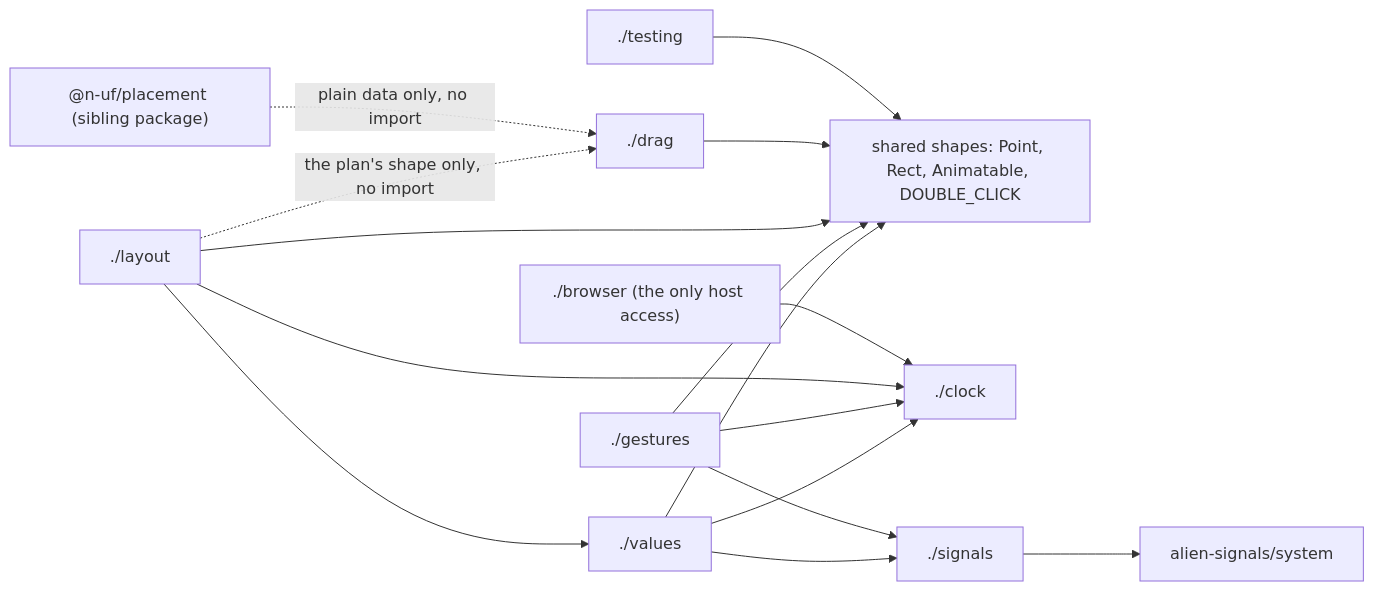
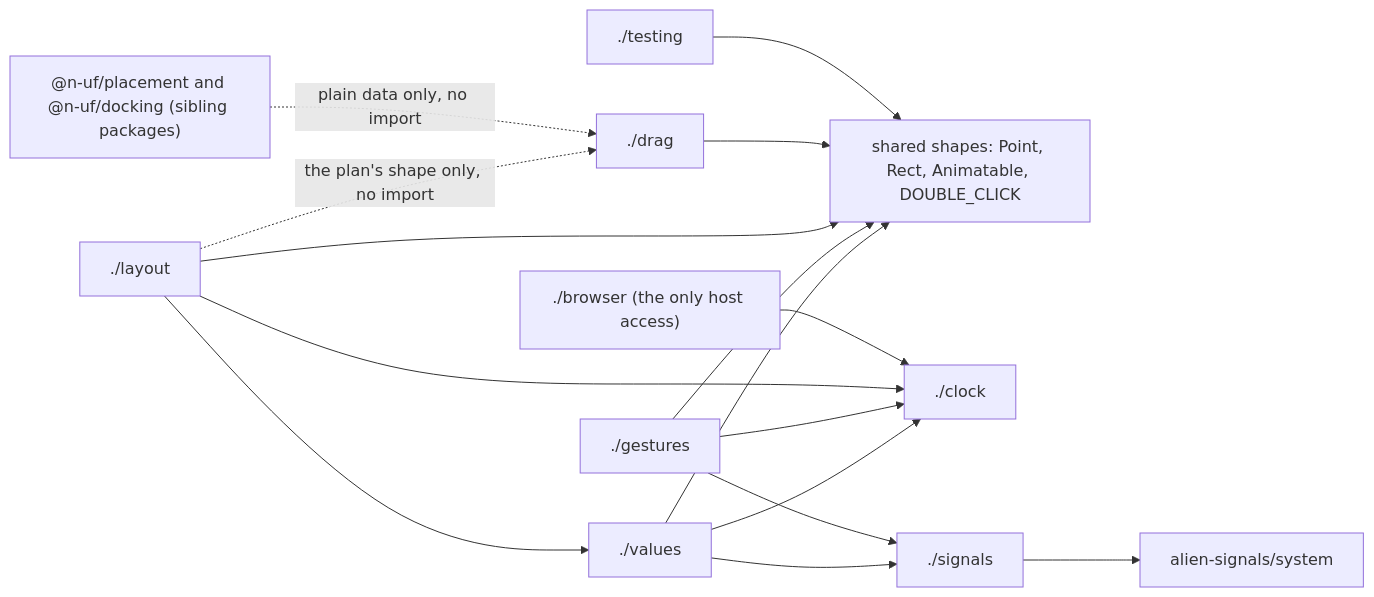
One commit to n-uf/motion changed the first of 2 diagrams in docs/motion.md. Above: the diagram before and after it, drawn with Mermaid. The commit also changed other lines of this file and 15 other files, not shown here.

First line of the commit message:
docs: docking's pages move from placement's; placement's pages cover the general layer

````diff
--- a/docs/motion.md
+++ b/docs/motion.md
@@ -56,29 +56,29 @@
 ```mermaid
 flowchart LR
   shared["shared shapes: Point, Rect, Animatable, DOUBLE_CLICK"]
   clock["./clock"]
   signals["./signals"]
   values["./values"]
   gestures["./gestures"]
   layout["./layout"]
   drag["./drag"]
   testing["./testing"]
   browser["./browser (the only host access)"]
   alien["alien-signals/system"]
-  placement["@n-uf/placement (sibling package)"]
+  placement["@n-uf/placement and @n-uf/docking (sibling packages)"]
   signals --> alien
   values --> clock
   values --> signals
   gestures --> clock
   gestures --> signals
   layout --> clock
   layout --> values
   browser --> clock
   values --> shared
   gestures --> shared
   layout --> shared
   drag --> shared
   testing --> shared
   layout -. "the plan's shape only, no import" .-> drag
   placement -. "plain data only, no import" .-> drag
 ```
````
